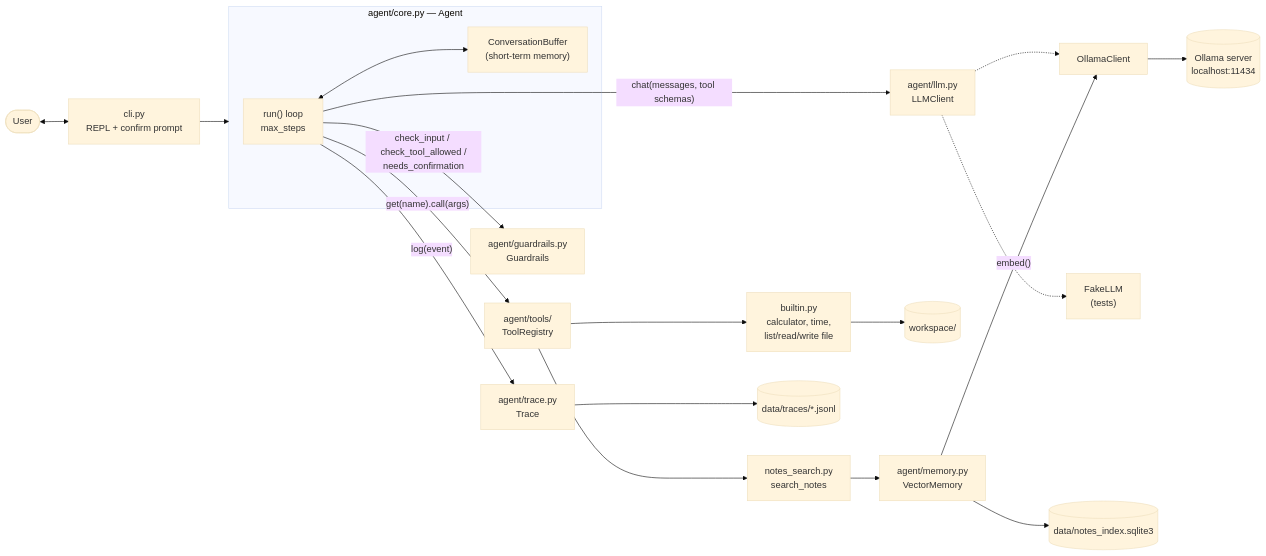
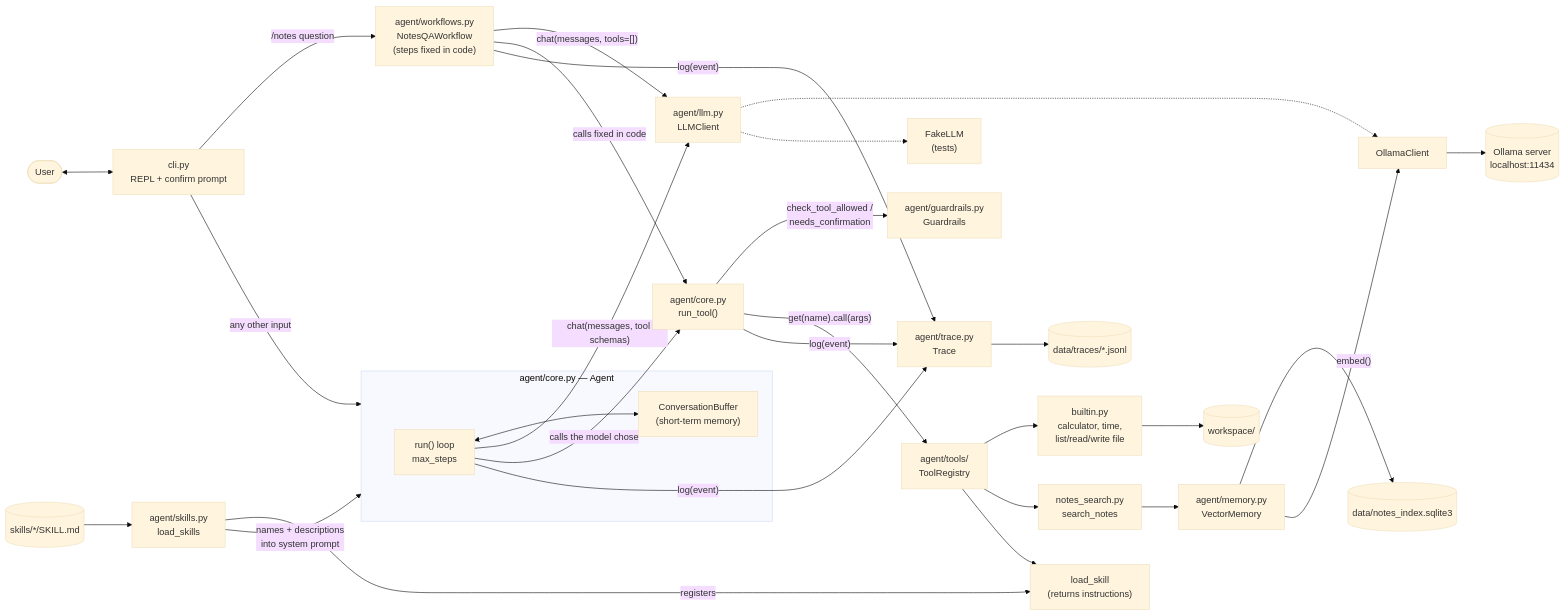
The first of 4 diagrams in docs/ARCHITECTURE.md (abeguerra/local-agent), drawn with Mermaid (base theme) before and after one commit. The commit also changed other lines of this file and 1 other file, not shown here.

First line of the commit message:
Update docs and diagrams for workflows and skills

````diff
--- a/docs/ARCHITECTURE.md
+++ b/docs/ARCHITECTURE.md
@@ -14,26 +18,37 @@
 ```mermaid
 flowchart LR
     user([User]) <--> cli["cli.py<br/>REPL + confirm prompt"]
-    cli --> agent
+    cli -- "any other input" --> agent
+    cli -- "/notes question" --> wf["agent/workflows.py<br/>NotesQAWorkflow<br/>(steps fixed in code)"]
+
+    skilldir[("skills/*/SKILL.md")] --> skills["agent/skills.py<br/>load_skills"]
+    skills -- "names + descriptions<br/>into system prompt" --> agent
+    skills -- "registers" --> loadskill["load_skill<br/>(returns instructions)"]
 
     subgraph agent["agent/core.py — Agent"]
         loop["run() loop<br/>max_steps"]
         buf["ConversationBuffer<br/>(short-term memory)"]
         loop <--> buf
     end
 
-    loop -- "check_input / check_tool_allowed /<br/>needs_confirmation" --> guard["agent/guardrails.py<br/>Guardrails"]
     loop -- "chat(messages, tool schemas)" --> llm["agent/llm.py<br/>LLMClient"]
+    wf -- "chat(messages, tools=[])" --> llm
     llm -.-> ollama["OllamaClient"] --> ollamad[("Ollama server<br/>localhost:11434")]
     llm -.-> fake["FakeLLM<br/>(tests)"]
 
-    loop -- "get(name).call(args)" --> reg["agent/tools/<br/>ToolRegistry"]
+    loop -- "calls the model chose" --> runtool["agent/core.py<br/>run_tool()"]
+    wf -- "calls fixed in code" --> runtool
+    runtool -- "check_tool_allowed /<br/>needs_confirmation" --> guard["agent/guardrails.py<br/>Guardrails"]
+    runtool -- "get(name).call(args)" --> reg["agent/tools/<br/>ToolRegistry"]
     reg --> builtin["builtin.py<br/>calculator, time,<br/>list/read/write file"]
     reg --> notes["notes_search.py<br/>search_notes"]
+    reg --> loadskill
     builtin --> ws[("workspace/")]
     notes --> vec["agent/memory.py<br/>VectorMemory"]
     vec --> sqlite[("data/notes_index.sqlite3")]
     vec -- "embed()" --> ollama
 
-    loop -- "log(event)" --> trace["agent/trace.py<br/>Trace"] --> jsonl[("data/traces/*.jsonl")]
+    runtool -- "log(event)" --> trace["agent/trace.py<br/>Trace"] --> jsonl[("data/traces/*.jsonl")]
+    loop -- "log(event)" --> trace
+    wf -- "log(event)" --> trace
 ```
````
